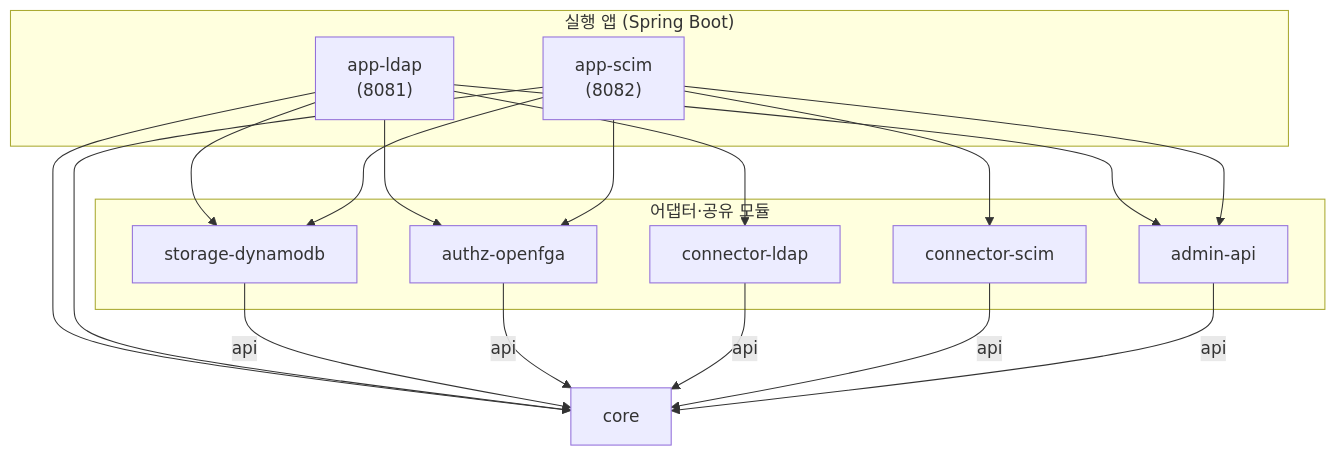
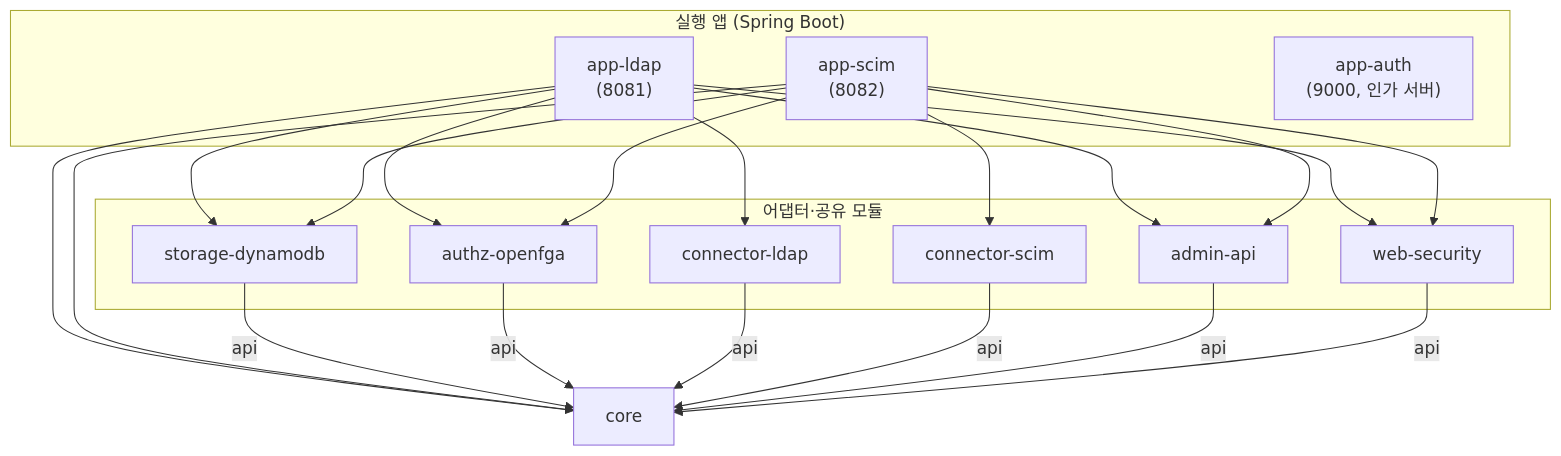
One commit to starryeye/organization changed the first of 3 diagrams in docs/onboarding/03-아키텍처.md. Above: the diagram before and after it, drawn with Mermaid. The commit also changed other lines of this file and 15 other files, not shown here.

````diff
--- a/docs/onboarding/03-아키텍처.md
+++ b/docs/onboarding/03-아키텍처.md
@@ -26,31 +27,36 @@
 ```mermaid
 flowchart TB
     subgraph apps["실행 앱 (Spring Boot)"]
         appLdap["app-ldap<br/>(8081)"]
         appScim["app-scim<br/>(8082)"]
+        appAuth["app-auth<br/>(9000, 인가 서버)"]
     end
     subgraph adapters["어댑터·공유 모듈"]
         storage["storage-dynamodb"]
         authz["authz-openfga"]
         cldap["connector-ldap"]
         cscim["connector-scim"]
         admin["admin-api"]
+        websec["web-security"]
     end
     core["core"]
 
     appLdap --> storage
     appLdap --> authz
     appLdap --> cldap
     appLdap --> admin
+    appLdap --> websec
     appLdap --> core
     appScim --> storage
     appScim --> authz
     appScim --> cscim
     appScim --> admin
+    appScim --> websec
     appScim --> core
     storage -- api --> core
     authz -- api --> core
     cldap -- api --> core
     cscim -- api --> core
     admin -- api --> core
+    websec -- api --> core
 ```
````
